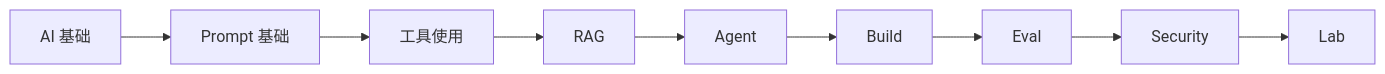
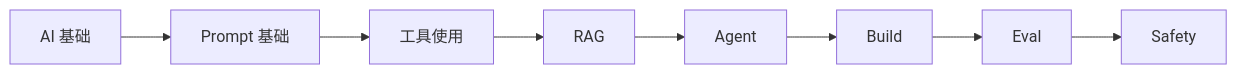
Before and after one commit to Unclecheng-li/Hello-AI: the diagram in docs/preface/roadmap.md, drawn with Mermaid. The commit also changed other lines of this file and 11 other files, not shown here.

````diff
--- a/docs/preface/roadmap.md
+++ b/docs/preface/roadmap.md
@@ -5,11 +17,10 @@
 ```mermaid
 flowchart LR
     A[AI 基础] --> B[Prompt 基础]
     B --> C[工具使用]
     C --> D[RAG]
     D --> E[Agent]
     E --> F[Build]
     F --> G[Eval]
-    G --> H[Security]
-    H --> I[Lab]
+    G --> H[Safety]
 ```
````
